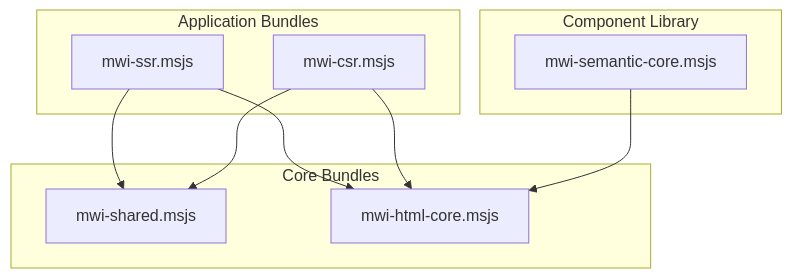
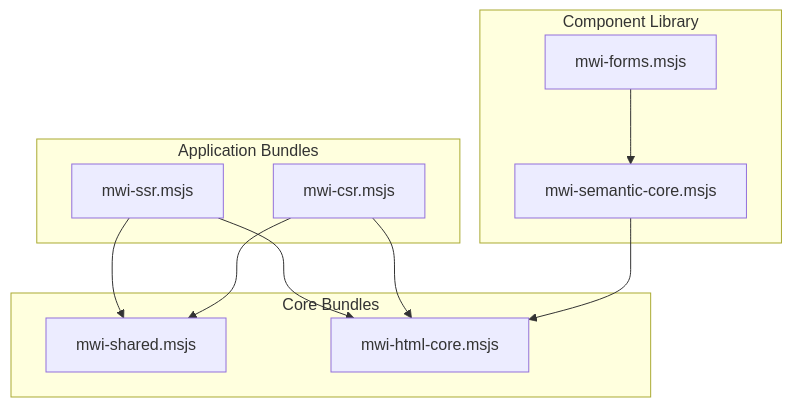
The diagram in architectural-plan/Bundling-Design-Proposal.md (mesgjs/mesgjs-web), drawn with Mermaid before and after one commit. The commit also changed other lines of this file and 57 other files, not shown here.

````diff
--- a/architectural-plan/Bundling-Design-Proposal.md
+++ b/architectural-plan/Bundling-Design-Proposal.md
@@ -23,23 +35,25 @@
 ```mermaid
 graph TD
     subgraph "Core Bundles"
         Shared["mwi-shared.msjs"]
         HTML["mwi-html-core.msjs"]
     end
 
     subgraph "Application Bundles"
         SSR["mwi-ssr.msjs"]
         CSR["mwi-csr.msjs"]
     end
 
     subgraph "Component Library"
         Semantic["mwi-semantic-core.msjs"]
+        Forms["mwi-forms.msjs"]
     end
 
 
     SSR --> Shared
     SSR --> HTML
     CSR --> Shared
     CSR --> HTML
     Semantic --> HTML
+    Forms --> Semantic
 ```
````
